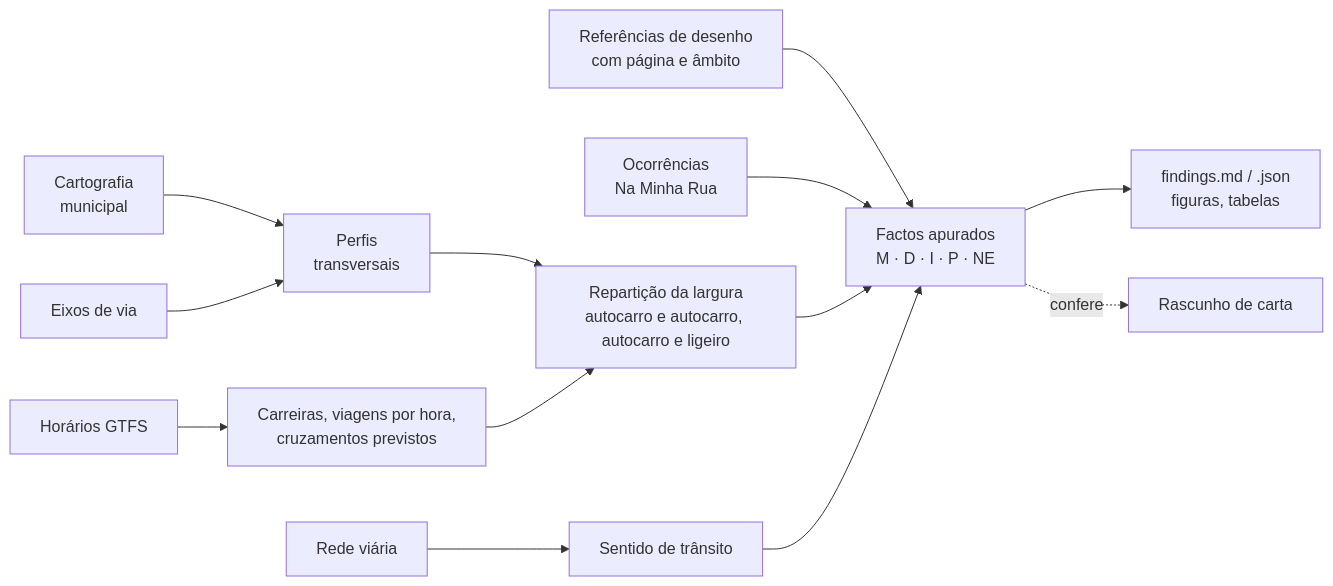
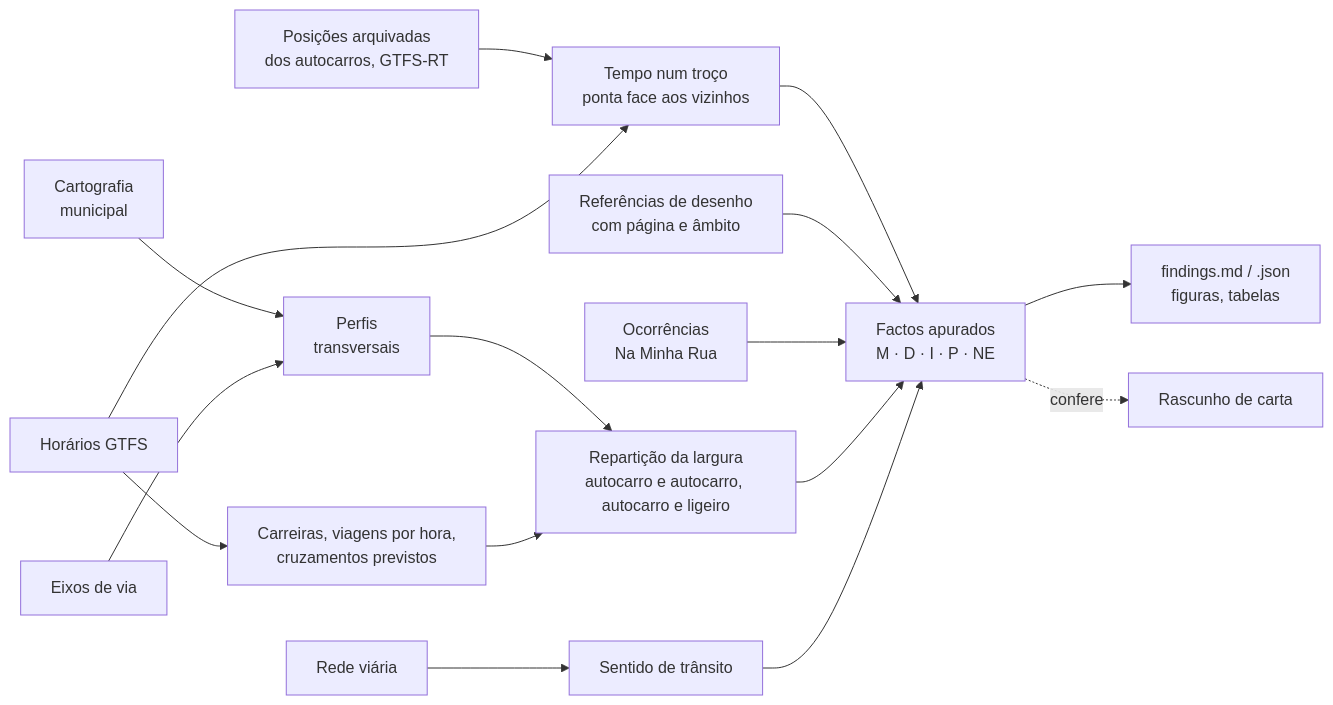
The diagram in README.md (diogo4256/mobilidados), drawn with Mermaid before and after one commit. The commit also changed other lines of this file and 38 other files, not shown here.

````diff
--- a/README.md
+++ b/README.md
@@ -76,15 +81,18 @@
 ```mermaid
 flowchart LR
   A[Cartografia<br>municipal] --> P[Perfis<br>transversais]
   B[Eixos de via] --> P
   C[Rede viária] --> D[Sentido de trânsito]
   G[Horários GTFS] --> T[Carreiras, viagens por hora,<br>cruzamentos previstos]
+  V[Posições arquivadas<br>dos autocarros, GTFS-RT] --> W[Tempo num troço<br>ponta face aos vizinhos]
+  G --> W
+  W --> L
   P --> E[Repartição da largura<br>autocarro e autocarro, autocarro e ligeiro]
   T --> E
   S[Referências de desenho<br>com página e âmbito] --> L
   O[Ocorrências<br>Na Minha Rua] --> L
   E --> L[Factos apurados<br>M · D · I · P · NE]
   D --> L
   L --> R[findings.md / .json<br>figuras, tabelas]
   L -. confere .-> X[Rascunho de carta]
 ```
````
